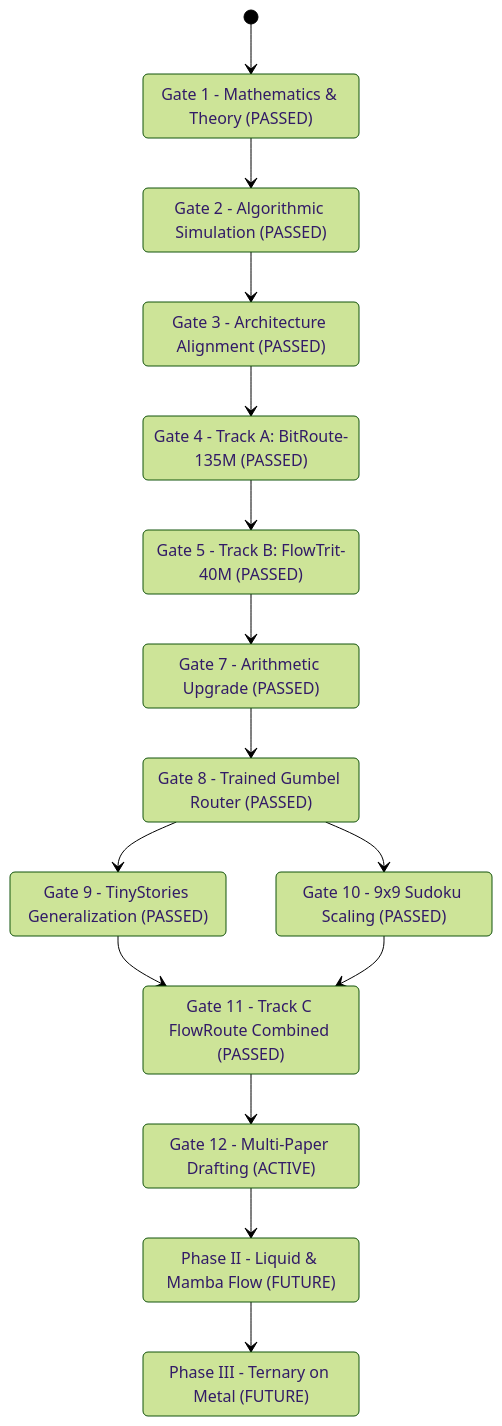
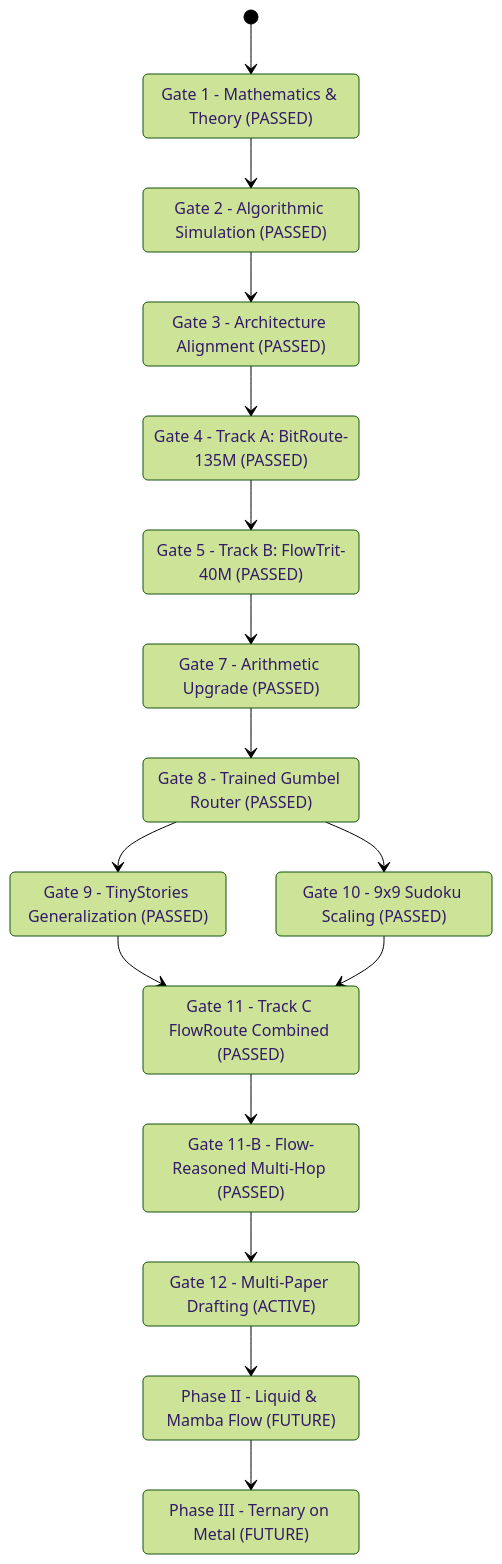
Before and after one commit to JadeZaher/ternary-memory-research: the diagram in research/conductor-track.md, drawn with Mermaid (forest theme). The commit also changed other lines of this file and 6 other files, not shown here.

Commit message:
feat: implement flow-reasoned multi-hop dynamic routing with decoupled attention/FFN execution (Gate 11-B)

````diff
--- a/research/conductor-track.md
+++ b/research/conductor-track.md
@@ -45,31 +45,33 @@
 ```mermaid
 stateDiagram-v2
     Gate1_Math : Gate 1 - Mathematics & Theory (PASSED)
     Gate2_Simulation : Gate 2 - Algorithmic Simulation (PASSED)
     Gate3_Architecture : Gate 3 - Architecture Alignment (PASSED)
     Gate4_ModelA : Gate 4 - Track A: BitRoute-135M (PASSED)
     Gate5_ModelB : Gate 5 - Track B: FlowTrit-40M (PASSED)
     Gate7_Arith  : Gate 7 - Arithmetic Upgrade (PASSED)
     Gate8_Router : Gate 8 - Trained Gumbel Router (PASSED)
     Gate9_Lang   : Gate 9 - TinyStories Generalization (PASSED)
     Gate10_Sud9  : Gate 10 - 9x9 Sudoku Scaling (PASSED)
     Gate11_Route : Gate 11 - Track C FlowRoute Combined (PASSED)
+    Gate11B_FlowRoute : Gate 11-B - Flow-Reasoned Multi-Hop (PASSED)
     Gate12_Papers: Gate 12 - Multi-Paper Drafting (ACTIVE)
     PhaseII_TrackD : Phase II - Liquid & Mamba Flow (FUTURE)
     PhaseIII_TrackE : Phase III - Ternary on Metal (FUTURE)
 
     [*] --> Gate1_Math
     Gate1_Math --> Gate2_Simulation
     Gate2_Simulation --> Gate3_Architecture
     Gate3_Architecture --> Gate4_ModelA
     Gate4_ModelA --> Gate5_ModelB
     Gate5_ModelB --> Gate7_Arith
     Gate7_Arith --> Gate8_Router
     Gate8_Router --> Gate9_Lang
     Gate8_Router --> Gate10_Sud9
     Gate9_Lang --> Gate11_Route
     Gate10_Sud9 --> Gate11_Route
-    Gate11_Route --> Gate12_Papers
+    Gate11_Route --> Gate11B_FlowRoute
+    Gate11B_FlowRoute --> Gate12_Papers
     Gate12_Papers --> PhaseII_TrackD
     PhaseII_TrackD --> PhaseIII_TrackE
 ```
````
